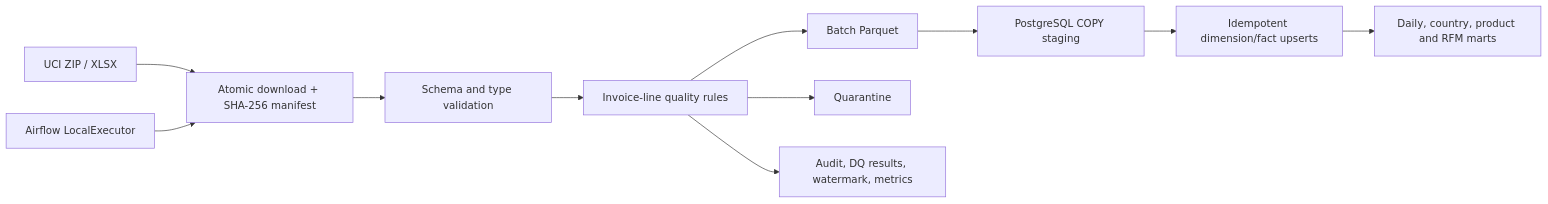
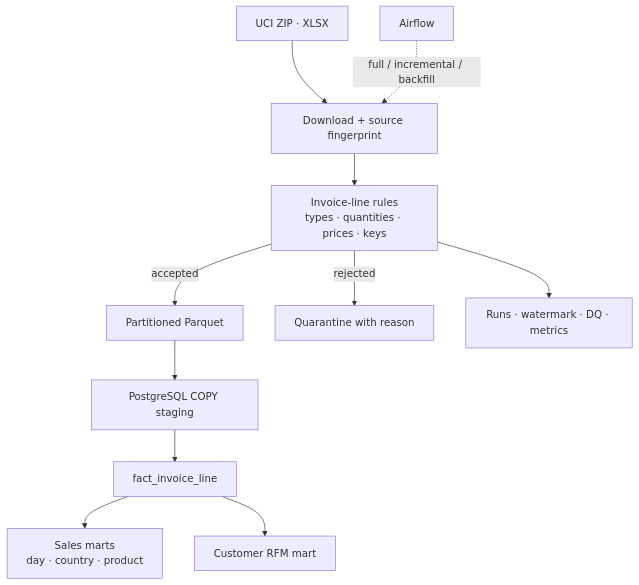
One commit to npgb2505/ecommerce-invoice-etl-local changed the diagram in README.md. Above: the diagram before and after it, drawn with Mermaid. The commit also changed other lines of this file and 2 other files, not shown here.

Commit message:
docs: center ecommerce README on invoice analytics

````diff
--- a/README.md
+++ b/README.md
@@ -26,13 +41,13 @@
 ```mermaid
-flowchart LR
-    A["UCI ZIP / XLSX"] --> B["Atomic download + SHA-256 manifest"]
-    B --> C["Schema and type validation"]
-    C --> D["Invoice-line quality rules"]
-    D --> P["Batch Parquet"]
-    D --> Q["Quarantine"]
-    P --> S["PostgreSQL COPY staging"]
-    S --> U["Idempotent dimension/fact upserts"]
-    U --> M["Daily, country, product and RFM marts"]
-    D --> O["Audit, DQ results, watermark, metrics"]
-    AF["Airflow LocalExecutor"] --> B
+flowchart TB
+    UCI["UCI ZIP · XLSX"] --> FP["Download + source fingerprint"]
+    FP --> RULES["Invoice-line rules<br/>types · quantities · prices · keys"]
+    RULES -->|accepted| BATCH["Partitioned Parquet"]
+    RULES -->|rejected| Q["Quarantine with reason"]
+    BATCH --> COPY["PostgreSQL COPY staging"]
+    COPY --> FACT["fact_invoice_line"]
+    FACT --> SALES["Sales marts<br/>day · country · product"]
+    FACT --> RFM["Customer RFM mart"]
+    RULES --> CONTROL["Runs · watermark · DQ · metrics"]
+    AIRFLOW["Airflow"] -. full / incremental / backfill .-> FP
 ```
````
